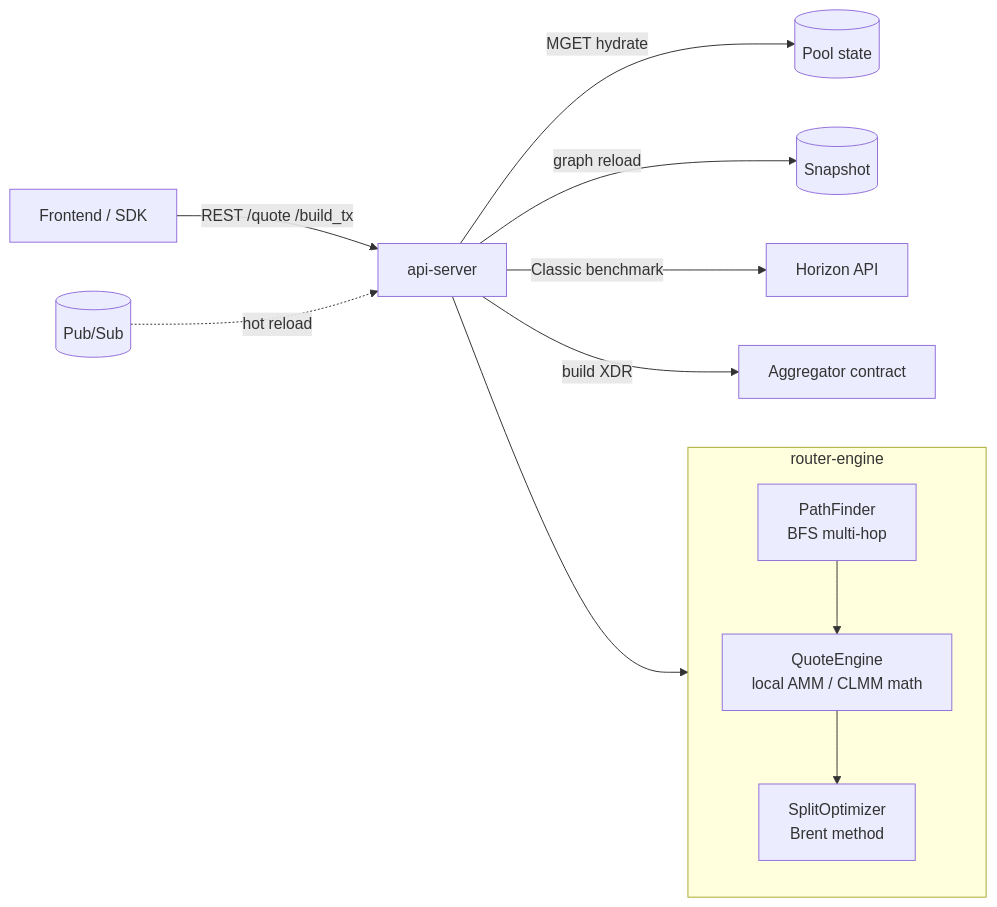
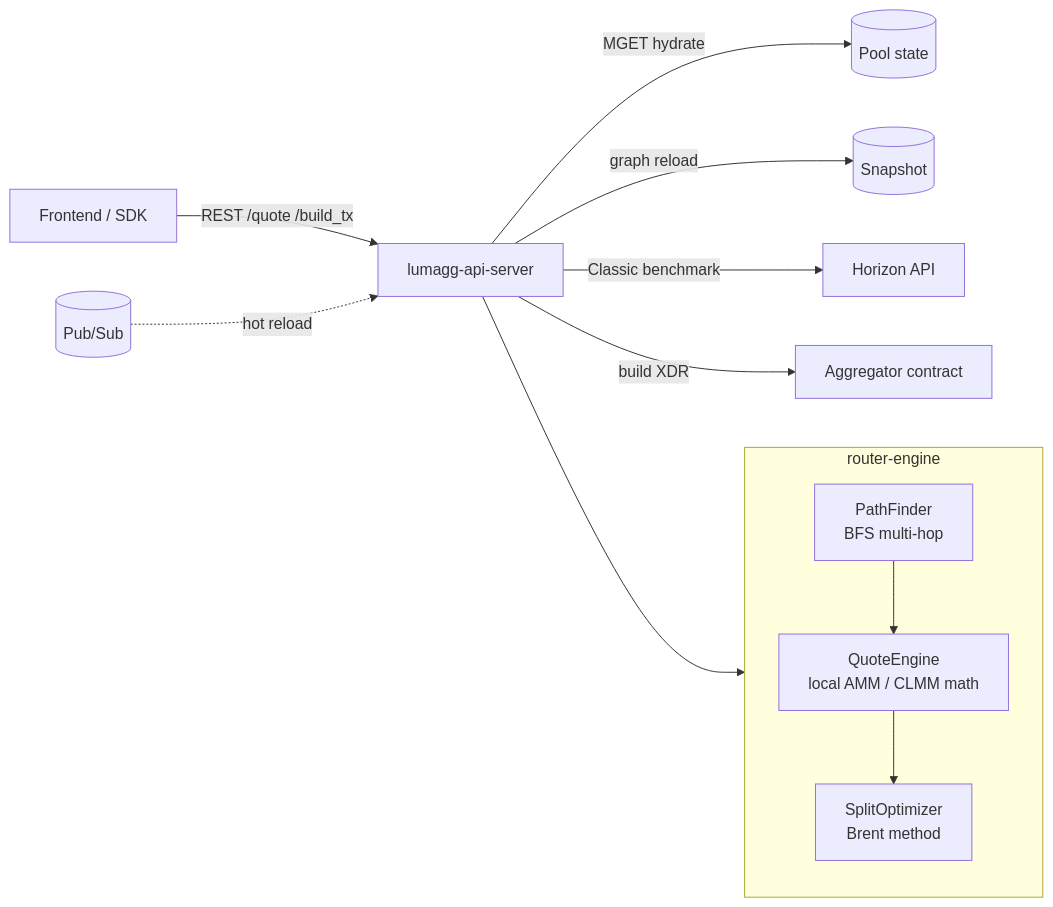
Before and after one commit to Lum-Agg/stellar-dex-agg: the second of 4 diagrams in README.md, drawn with Mermaid. The commit also changed other lines of this file and 30 other files, not shown here.

````diff
--- a/README.md
+++ b/README.md
@@ -81,19 +81,19 @@
 ```mermaid
 flowchart LR
-  FE[Frontend / SDK] -->|REST /quote /build_tx| API[api-server]
+  FE[Frontend / SDK] -->|REST /quote /build_tx| API[lumagg-api-server]
 
   subgraph RE [router-engine]
     PF[PathFinder<br/>BFS multi-hop]
     QE[QuoteEngine<br/>local AMM / CLMM math]
     SO[SplitOptimizer<br/>Brent method]
     PF --> QE --> SO
   end
 
   API --> RE
   API -->|MGET hydrate| POOL[(Pool state)]
   API -->|graph reload| SNAP[(Snapshot)]
   PUB[(Pub/Sub)] -.->|hot reload| API
 
   API -->|Classic benchmark| HZN[Horizon API]
   API -->|build XDR| AGG[Aggregator contract]
 ```
````
